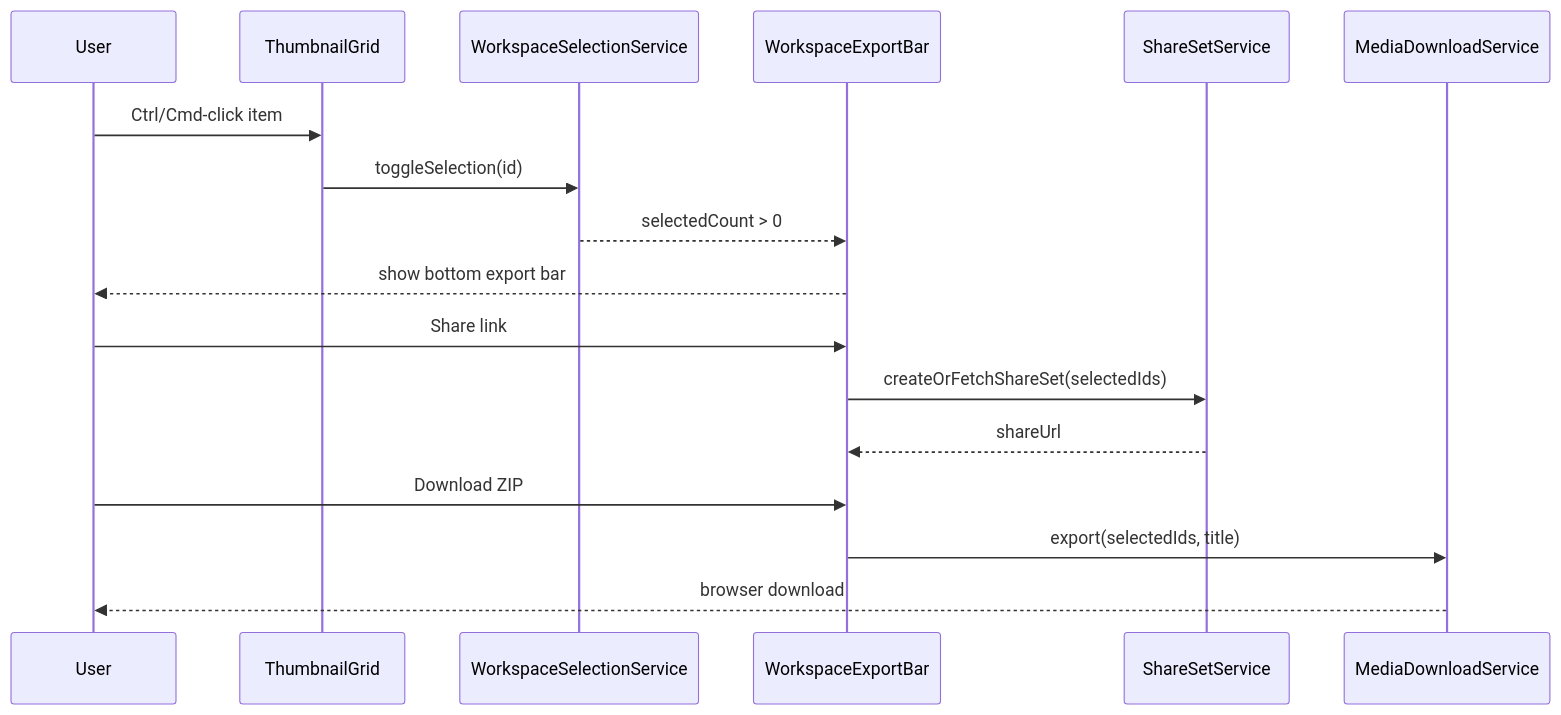
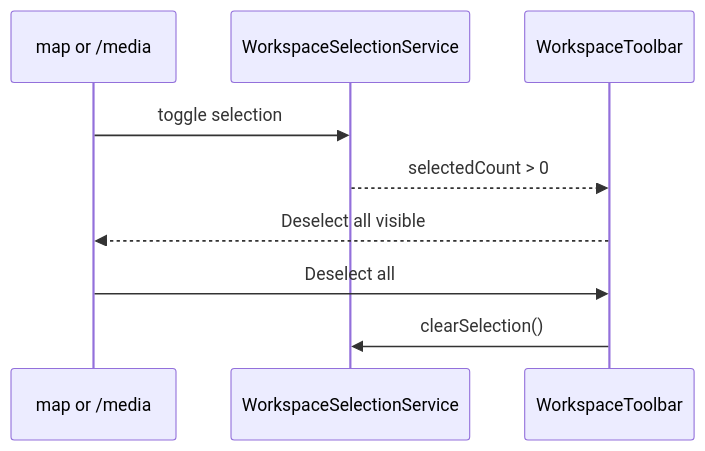
One commit to matkleve/feldpost changed the diagram in docs/specs/ui/workspace/workspace-actions-bar.md. Above: the diagram before and after it, drawn with Mermaid. The commit also changed other lines of this file and 9 other files, not shown here.

First line of the commit message:
docs: align selection specs with the deselect-only surface

````diff
--- a/docs/specs/ui/workspace/workspace-actions-bar.md
+++ b/docs/specs/ui/workspace/workspace-actions-bar.md
@@ -189,20 +69,11 @@
 ```mermaid
 sequenceDiagram
-  participant User
-  participant Grid as ThumbnailGrid
+  participant Canvas as map or /media
   participant Sel as WorkspaceSelectionService
-  participant Bar as WorkspaceExportBar
-  participant Share as ShareSetService
-  participant Zip as MediaDownloadService
-
-  User->>Grid: Ctrl/Cmd-click item
-  Grid->>Sel: toggleSelection(id)
-  Sel-->>Bar: selectedCount > 0
-  Bar-->>User: show bottom export bar
-  User->>Bar: Share link
-  Bar->>Share: createOrFetchShareSet(selectedIds)
-  Share-->>Bar: shareUrl
-  User->>Bar: Download ZIP
-  Bar->>Zip: export(selectedIds, title)
-  Zip-->>User: browser download
+  participant Toolbar as WorkspaceToolbar
+  Canvas->>Sel: toggle selection
+  Sel-->>Toolbar: selectedCount > 0
+  Toolbar-->>Canvas: Deselect all visible
+  Canvas->>Toolbar: Deselect all
+  Toolbar->>Sel: clearSelection()
 ```
````
